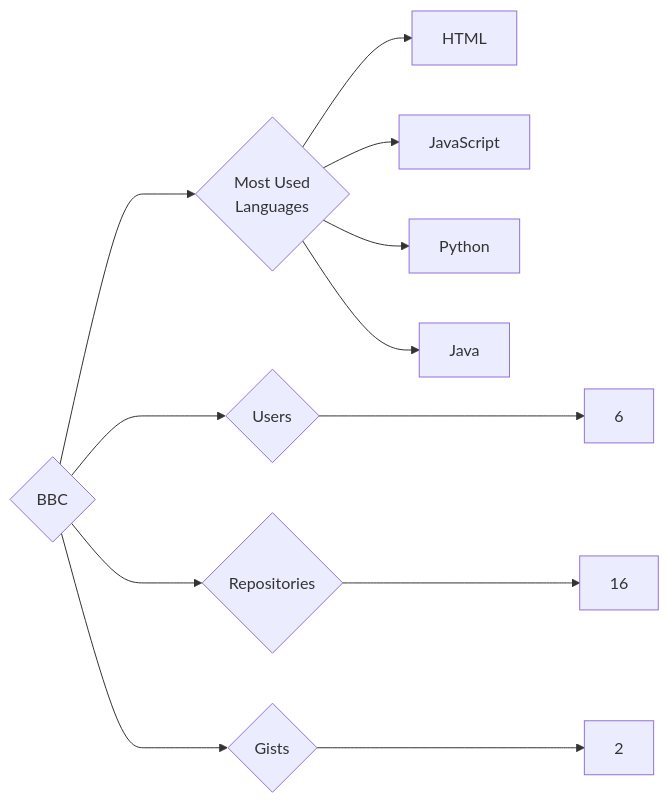
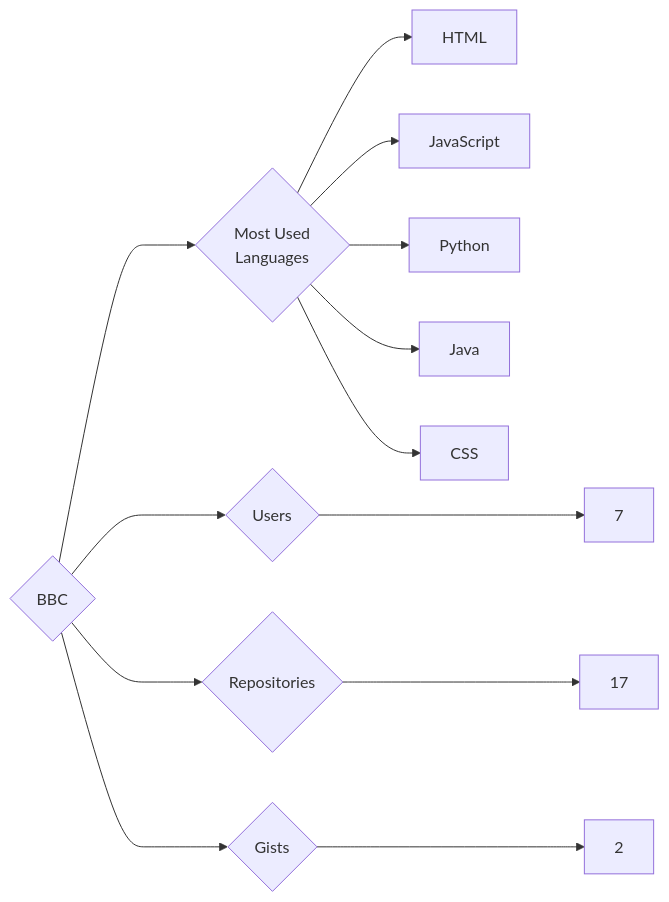
One commit to trickest/insiders changed the diagram in targets/BBC/README.md. Above: the diagram before and after it, drawn with Mermaid. The commit also changed 1167 other files, not shown here.

````diff
--- a/targets/BBC/README.md
+++ b/targets/BBC/README.md
@@ -3,12 +3,13 @@
 ```mermaid
 graph LR
 COMPANY_NAME{BBC}
-COMPANY_NAME ---> U{Users} ---> UN[6]
-COMPANY_NAME ---> R{Repositories} ---> RN[16]
+COMPANY_NAME ---> U{Users} ---> UN[7]
+COMPANY_NAME ---> R{Repositories} ---> RN[17]
 COMPANY_NAME ---> G{Gists} ---> GN[2]
 COMPANY_NAME ---> ML{Most Used<br>Languages}
 ML --> HTML[HTML]
 ML --> JavaScript[JavaScript]
 ML --> Python[Python]
 ML --> Java[Java]
+ML --> CSS[CSS]
 ```
````
